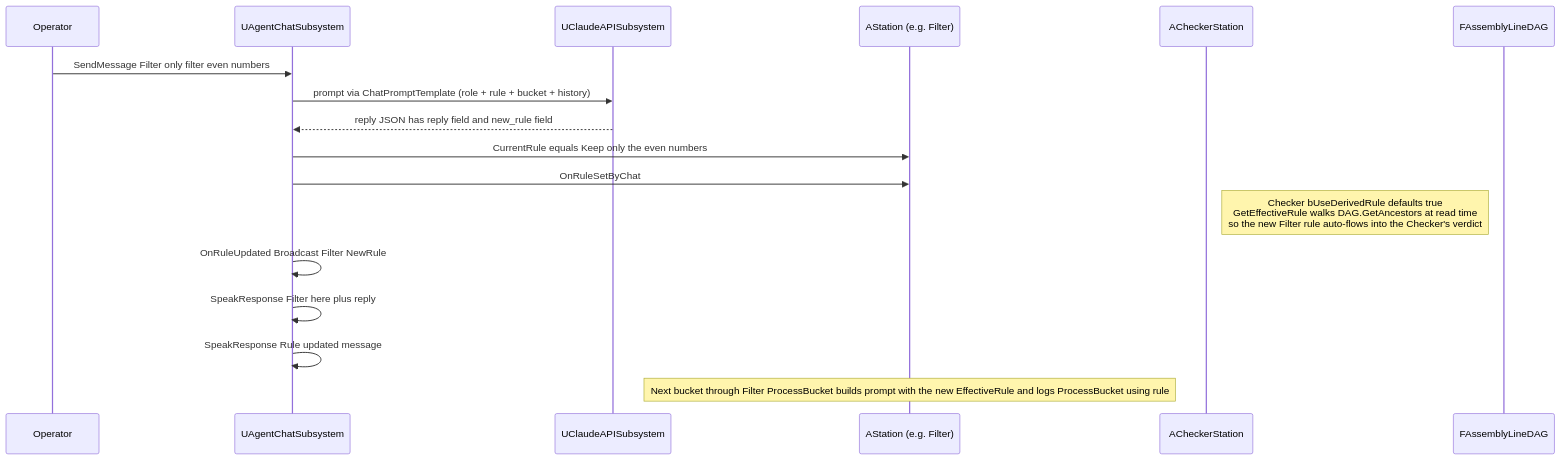
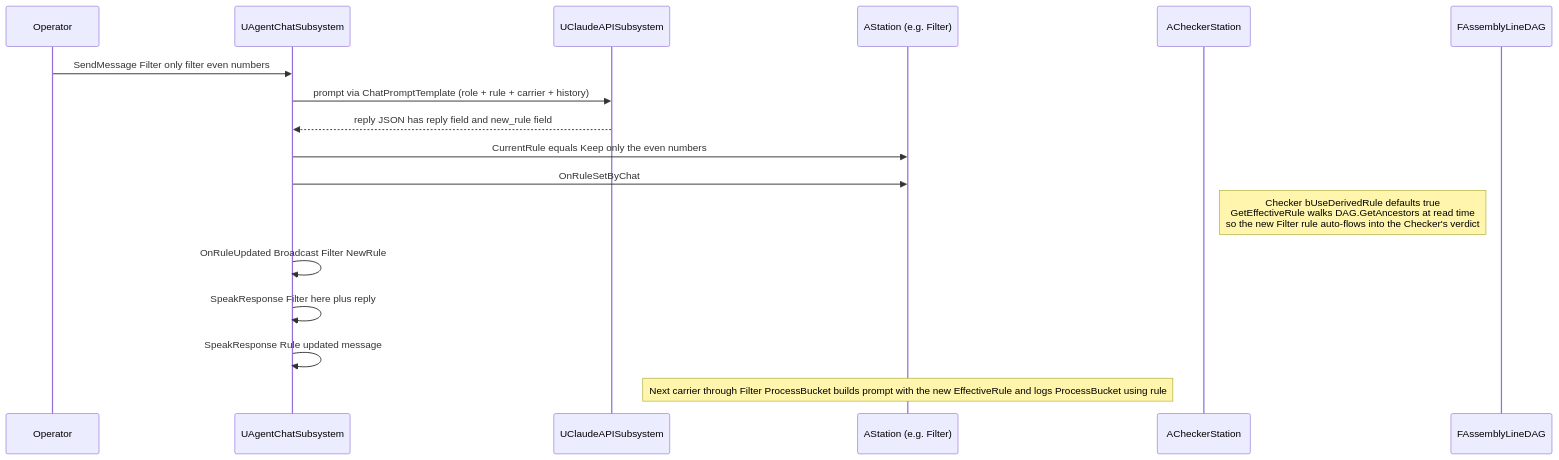
Diagram 11 of 14 in README.md (eyupgurel/AssemblyLineSimul), drawn with Mermaid before and after one commit. The commit also changed other lines of this file and 2 other files, not shown here.

First line of the commit message:
Docs: replace colloquial 'bucket' with 'carrier' in prose throughout

````diff
--- a/README.md
+++ b/README.md
@@ -1003,22 +1003,22 @@
 ```mermaid
 sequenceDiagram
   participant U as Operator
   participant Chat as UAgentChatSubsystem
   participant CA as UClaudeAPISubsystem
   participant St as AStation (e.g. Filter)
   participant Ck as ACheckerStation
   participant DAG as FAssemblyLineDAG
 
   U->>Chat: SendMessage Filter only filter even numbers
-  Chat->>CA: prompt via ChatPromptTemplate (role + rule + bucket + history)
+  Chat->>CA: prompt via ChatPromptTemplate (role + rule + carrier + history)
   CA-->>Chat: reply JSON has reply field and new_rule field
 
   Chat->>St: CurrentRule equals Keep only the even numbers
   Chat->>St: OnRuleSetByChat
   Note right of Ck: Checker bUseDerivedRule defaults true<br/>GetEffectiveRule walks DAG.GetAncestors at read time<br/>so the new Filter rule auto-flows into the Checker's verdict
   Chat->>Chat: OnRuleUpdated Broadcast Filter NewRule
   Chat->>Chat: SpeakResponse Filter here plus reply
   Chat->>Chat: SpeakResponse Rule updated message
 
-  Note over St: Next bucket through Filter ProcessBucket builds prompt with the new EffectiveRule and logs ProcessBucket using rule
+  Note over St: Next carrier through Filter ProcessBucket builds prompt with the new EffectiveRule and logs ProcessBucket using rule
 ```
````
